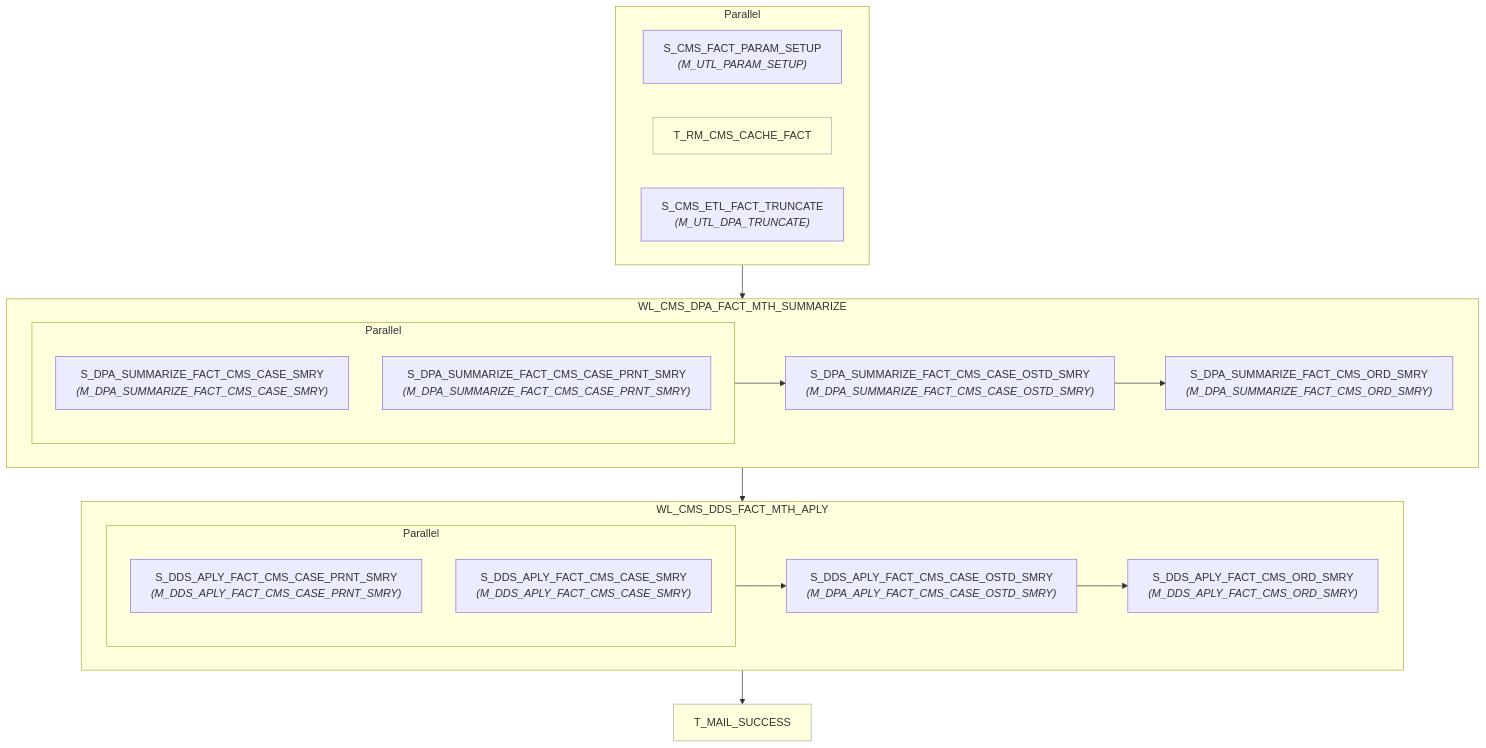
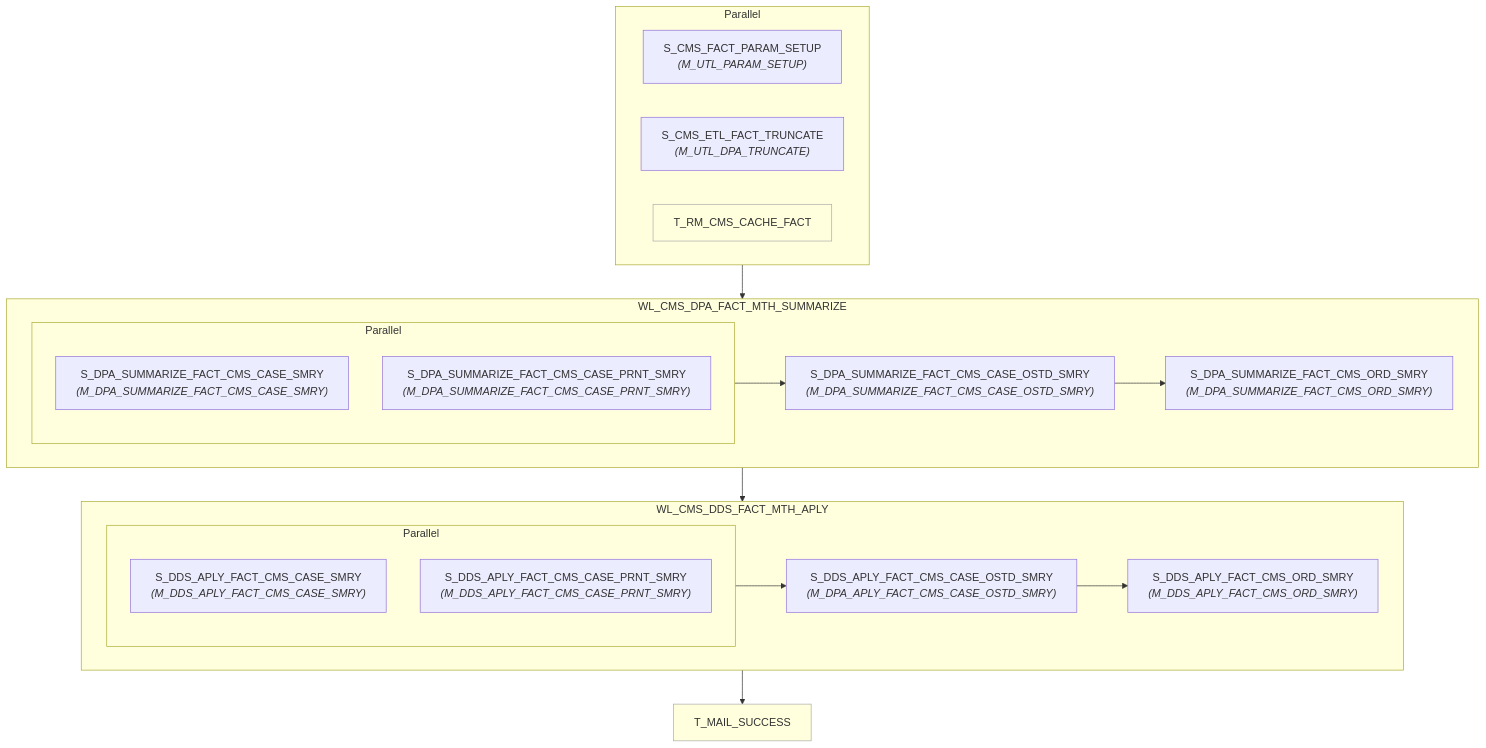
One commit to asl-adamxu/informatica-sparker-poc changed the diagram in informatica/PySpark_workflows/dds/WF_CMS_DDS_APLY_MTH/wf_cms_dds_aply_mth.md. Above: the diagram before and after it, drawn with Mermaid. The commit also changed 162 other files, not shown here.

````diff
--- a/informatica/PySpark_workflows/dds/WF_CMS_DDS_APLY_MTH/wf_cms_dds_aply_mth.md
+++ b/informatica/PySpark_workflows/dds/WF_CMS_DDS_APLY_MTH/wf_cms_dds_aply_mth.md
@@ -7,41 +7,41 @@
 ```mermaid
 flowchart TD
     n1["S_CMS_FACT_PARAM_SETUP<br/><i>(M_UTL_PARAM_SETUP)</i>"]
-    n2["T_RM_CMS_CACHE_FACT"]
-    style n2 fill:#ffd,stroke:#aaa,stroke-width:1px
-    n3["S_CMS_ETL_FACT_TRUNCATE<br/><i>(M_UTL_DPA_TRUNCATE)</i>"]
+    n2["S_CMS_ETL_FACT_TRUNCATE<br/><i>(M_UTL_DPA_TRUNCATE)</i>"]
+    n3["T_RM_CMS_CACHE_FACT"]
+    style n3 fill:#ffd,stroke:#aaa,stroke-width:1px
     subgraph pg4[Parallel]
         n1
         n2
         n3
     end
     subgraph wkl5["WL_CMS_DPA_FACT_MTH_SUMMARIZE"]
     n6["S_DPA_SUMMARIZE_FACT_CMS_CASE_SMRY<br/><i>(M_DPA_SUMMARIZE_FACT_CMS_CASE_SMRY)</i>"]
     n7["S_DPA_SUMMARIZE_FACT_CMS_CASE_PRNT_SMRY<br/><i>(M_DPA_SUMMARIZE_FACT_CMS_CASE_PRNT_SMRY)</i>"]
     subgraph pg8[Parallel]
         n6
         n7
     end
     n9["S_DPA_SUMMARIZE_FACT_CMS_CASE_OSTD_SMRY<br/><i>(M_DPA_SUMMARIZE_FACT_CMS_CASE_OSTD_SMRY)</i>"]
     n10["S_DPA_SUMMARIZE_FACT_CMS_ORD_SMRY<br/><i>(M_DPA_SUMMARIZE_FACT_CMS_ORD_SMRY)</i>"]
         pg8 --> n9
         n9 --> n10
     end
     subgraph wkl11["WL_CMS_DDS_FACT_MTH_APLY"]
-    n12["S_DDS_APLY_FACT_CMS_CASE_PRNT_SMRY<br/><i>(M_DDS_APLY_FACT_CMS_CASE_PRNT_SMRY)</i>"]
-    n13["S_DDS_APLY_FACT_CMS_CASE_SMRY<br/><i>(M_DDS_APLY_FACT_CMS_CASE_SMRY)</i>"]
+    n12["S_DDS_APLY_FACT_CMS_CASE_SMRY<br/><i>(M_DDS_APLY_FACT_CMS_CASE_SMRY)</i>"]
+    n13["S_DDS_APLY_FACT_CMS_CASE_PRNT_SMRY<br/><i>(M_DDS_APLY_FACT_CMS_CASE_PRNT_SMRY)</i>"]
     subgraph pg14[Parallel]
         n12
         n13
     end
     n15["S_DDS_APLY_FACT_CMS_CASE_OSTD_SMRY<br/><i>(M_DPA_APLY_FACT_CMS_CASE_OSTD_SMRY)</i>"]
     n16["S_DDS_APLY_FACT_CMS_ORD_SMRY<br/><i>(M_DDS_APLY_FACT_CMS_ORD_SMRY)</i>"]
         pg14 --> n15
         n15 --> n16
     end
     n17["T_MAIL_SUCCESS"]
     style n17 fill:#ffd,stroke:#aaa,stroke-width:1px
     pg4 --> wkl5
     wkl5 --> wkl11
     wkl11 --> n17
 ```
````
